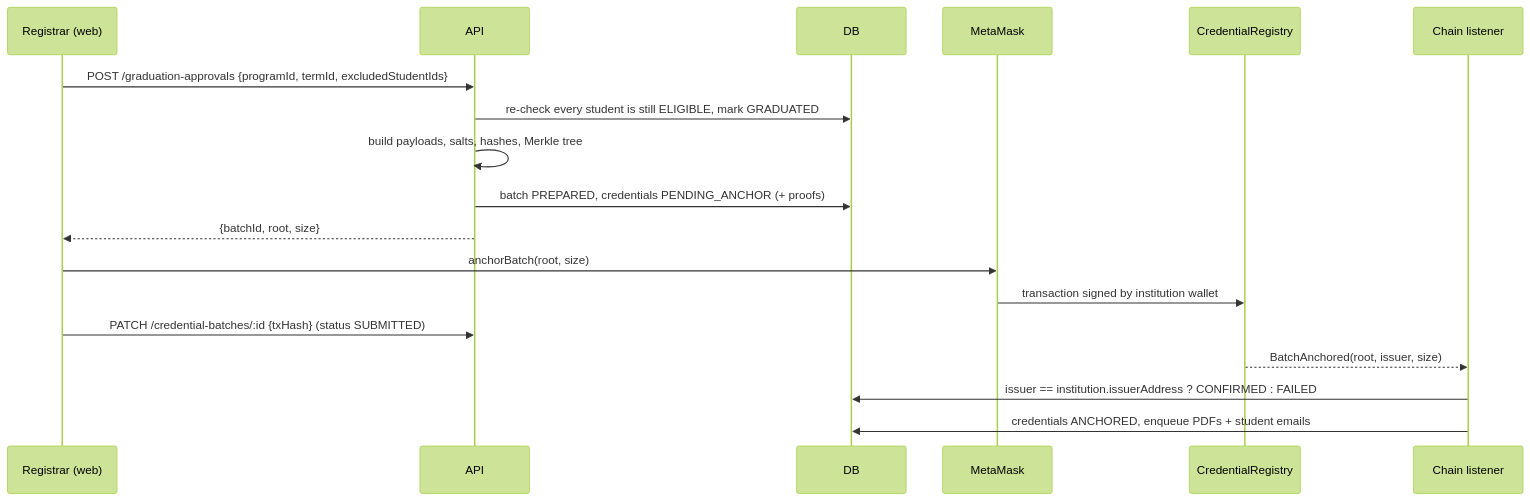
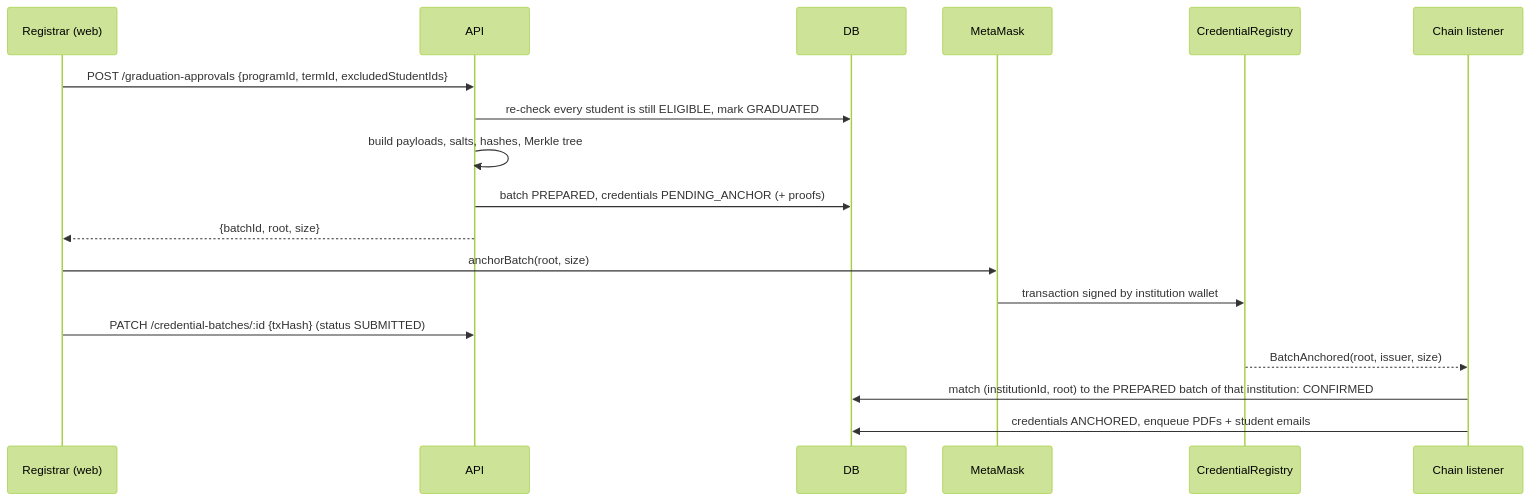
One commit to OsamaIbrhim/Network-Of-Trust changed the second of 3 diagrams in docs/ARCHITECTURE.md. Above: the diagram before and after it, drawn with Mermaid (forest theme). The commit also changed other lines of this file and 5 other files, not shown here.

````diff
--- a/docs/ARCHITECTURE.md
+++ b/docs/ARCHITECTURE.md
@@ -224,21 +233,21 @@
 ```mermaid
 sequenceDiagram
   participant R as Registrar (web)
   participant API
   participant DB
   participant MM as MetaMask
   participant C as CredentialRegistry
   participant L as Chain listener
 
   R->>API: POST /graduation-approvals {programId, termId, excludedStudentIds}
   API->>DB: re-check every student is still ELIGIBLE, mark GRADUATED
   API->>API: build payloads, salts, hashes, Merkle tree
   API->>DB: batch PREPARED, credentials PENDING_ANCHOR (+ proofs)
   API-->>R: {batchId, root, size}
   R->>MM: anchorBatch(root, size)
   MM->>C: transaction signed by institution wallet
   R->>API: PATCH /credential-batches/:id {txHash}  (status SUBMITTED)
   C-->>L: BatchAnchored(root, issuer, size)
-  L->>DB: issuer == institution.issuerAddress ? CONFIRMED : FAILED
+  L->>DB: match (institutionId, root) to the PREPARED batch of that institution: CONFIRMED
   L->>DB: credentials ANCHORED, enqueue PDFs + student emails
 ```
````
